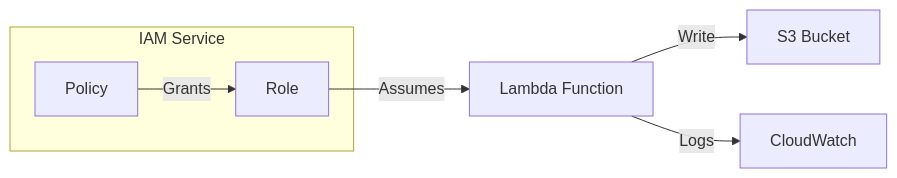
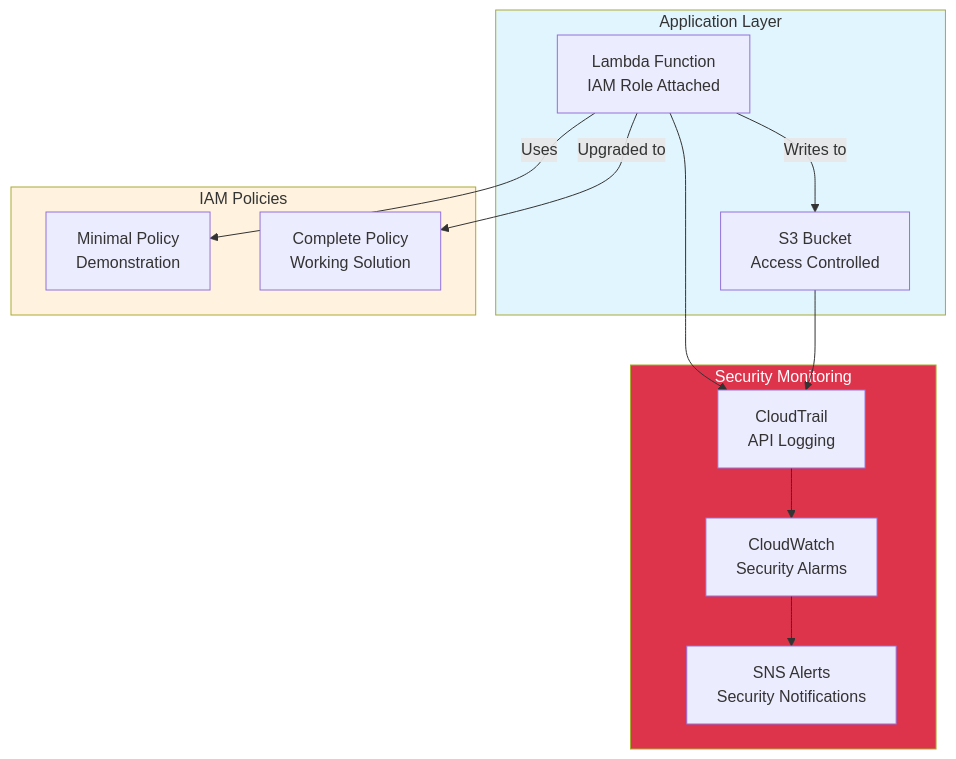
Before and after one commit to superluminar-io/aws-modular-workshop: the diagram in docs/labs/lab_120_iam_permissions/1_hands_on.md, drawn with Mermaid. The commit also changed other lines of this file and 24 other files, not shown here.

````diff
--- a/docs/labs/lab_120_iam_permissions/1_hands_on.md
+++ b/docs/labs/lab_120_iam_permissions/1_hands_on.md
@@ -5,13 +15,31 @@
 ```mermaid
-flowchart LR
-    A[Lambda Function] -->|Write| B[S3 Bucket]
-    A -->|Logs| C[CloudWatch]
-
-    subgraph IAM["IAM Service"]
-        D[Role]
-        E[Policy]
+flowchart TD
+    subgraph Application["Application Layer"]
+        Lambda[Lambda Function<br/>IAM Role Attached]
+        S3[S3 Bucket<br/>Access Controlled]
     end
 
-    D -->|Assumes| A
-    E -->|Grants| D
+    subgraph Security["Security Monitoring"]
+        CT[CloudTrail<br/>API Logging]
+        CW[CloudWatch<br/>Security Alarms]
+        SNS[SNS Alerts<br/>Security Notifications]
+    end
+
+    subgraph Policies["IAM Policies"]
+        MIN[Minimal Policy<br/>Demonstration]
+        FULL[Complete Policy<br/>Working Solution]
+    end
+
+    Lambda -->|Writes to| S3
+    Lambda -->|Uses| MIN
+    Lambda -->|Upgraded to| FULL
+
+    Lambda --> CT
+    S3 --> CT
+    CT --> CW
+    CW --> SNS
+
+    style Application fill:#e1f5fe
+    style Security fill:#dd344c,color:#fff
+    style Policies fill:#fff3e0
 ```
````
